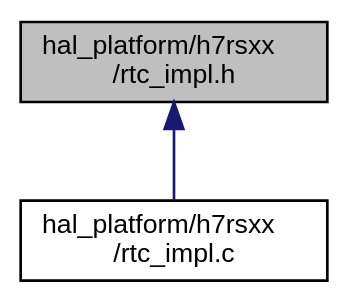
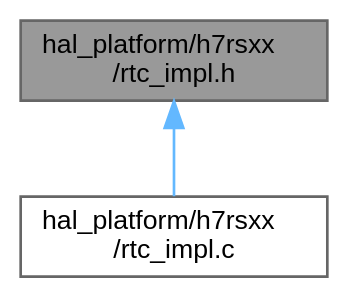
One commit to ebs-universe/piolib-hal-uc-stm32 changed the diagram in h7rsxx_2rtc__impl_8h__dep__incl.dot. Above: the diagram before and after it, drawn with Graphviz. The commit also changed 1546 other files, not shown here.

```diff
--- a/h7rsxx_2rtc__impl_8h__dep__incl.dot
+++ b/h7rsxx_2rtc__impl_8h__dep__incl.dot
@@ -1,11 +1,11 @@
 digraph "hal_platform/h7rsxx/rtc_impl.h"
 {
  // INTERACTIVE_SVG=YES
  // LATEX_PDF_SIZE
   bgcolor="transparent";
-  edge [fontname="Helvetica",fontsize="10",labelfontname="Helvetica",labelfontsize="10"];
-  node [fontname="Helvetica",fontsize="10",shape=record];
-  Node1 [label="hal_platform/h7rsxx\l/rtc_impl.h",height=0.2,width=0.4,color="black", fillcolor="grey75", style="filled", fontcolor="black",tooltip=" "];
-  Node1 -> Node2 [dir="back",color="midnightblue",fontsize="10",style="solid",fontname="Helvetica"];
-  Node2 [label="hal_platform/h7rsxx\l/rtc_impl.c",height=0.2,width=0.4,color="black",URL="$h7rsxx_2rtc__impl_8c.html",tooltip=" "];
+  edge [fontname=Helvetica,fontsize=10,labelfontname=Helvetica,labelfontsize=10];
+  node [fontname=Helvetica,fontsize=10,shape=box,height=0.2,width=0.4];
+  Node1 [id="Node000001",label="hal_platform/h7rsxx\l/rtc_impl.h",height=0.2,width=0.4,color="gray40", fillcolor="grey60", style="filled", fontcolor="black",tooltip=" "];
+  Node1 -> Node2 [id="edge1_Node000001_Node000002",dir="back",color="steelblue1",style="solid",tooltip=" "];
+  Node2 [id="Node000002",label="hal_platform/h7rsxx\l/rtc_impl.c",height=0.2,width=0.4,color="grey40", fillcolor="white", style="filled",URL="$h7rsxx_2rtc__impl_8c.html",tooltip=" "];
 }
```
